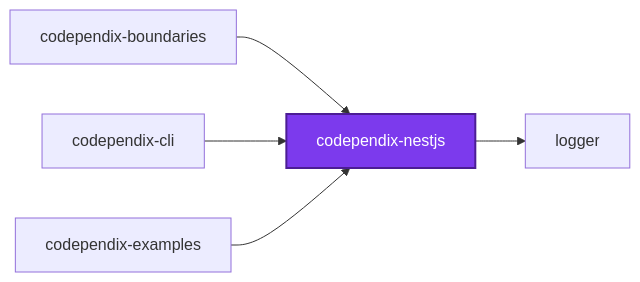
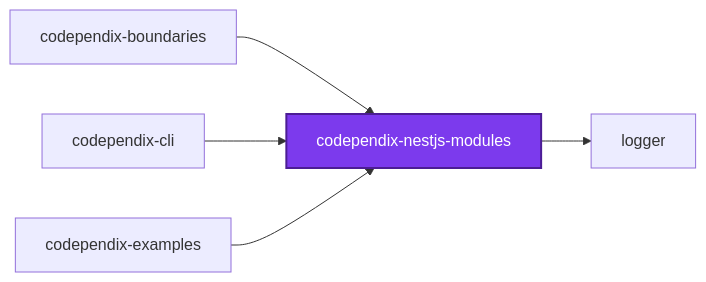
The first of 3 diagrams in packages/codependix-nestjs-modules/README.md (JimmyPaolini/codebase), drawn with Mermaid before and after one commit. The commit also changed other lines of this file and 13 other files, not shown here.

````diff
--- a/packages/codependix-nestjs-modules/README.md
+++ b/packages/codependix-nestjs-modules/README.md
@@ -14,14 +14,14 @@
 ```mermaid
 graph LR
   codependix_boundaries["codependix-boundaries"]
   codependix_cli["codependix-cli"]
   codependix_examples["codependix-examples"]
-  codependix_nestjs["codependix-nestjs"]
+  codependix_nestjs_modules["codependix-nestjs-modules"]
   logger["logger"]
-  codependix_boundaries --> codependix_nestjs
-  codependix_cli --> codependix_nestjs
-  codependix_examples --> codependix_nestjs
-  codependix_nestjs --> logger
+  codependix_boundaries --> codependix_nestjs_modules
+  codependix_cli --> codependix_nestjs_modules
+  codependix_examples --> codependix_nestjs_modules
+  codependix_nestjs_modules --> logger
   classDef subject fill:#7c3aed,color:#fff,stroke:#4c1d95,stroke-width:2px
-  class codependix_nestjs subject
+  class codependix_nestjs_modules subject
 ```
````
